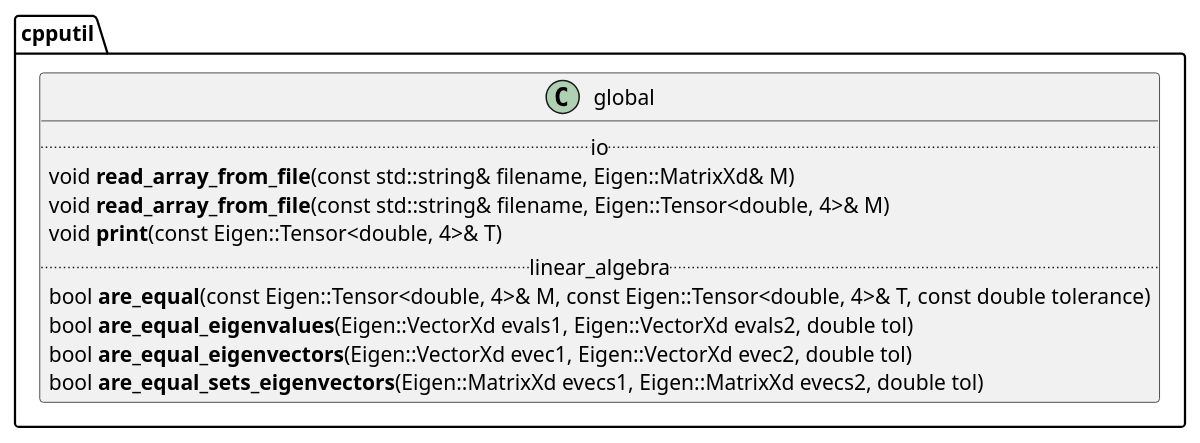
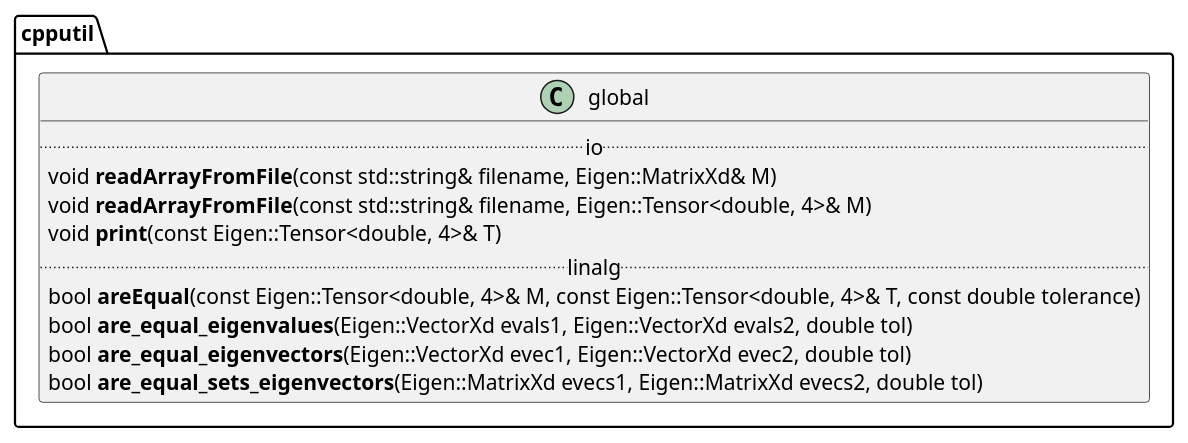
One commit to matt-chan/cpputil changed the diagram in docs/cpputil.puml. Above: the diagram before and after it, drawn with PlantUML. The commit also changed 7 other files, not shown here.

```diff
--- a/docs/cpputil.puml
+++ b/docs/cpputil.puml
@@ -1,20 +1,20 @@
 @startuml
 
 
 namespace cpputil {
 
     class global {
         .. io ..
-            void **read_array_from_file**(const std::string& filename, Eigen::MatrixXd& M)
-            void **read_array_from_file**(const std::string& filename, Eigen::Tensor<double, 4>& M)
+            void **readArrayFromFile**(const std::string& filename, Eigen::MatrixXd& M)
+            void **readArrayFromFile**(const std::string& filename, Eigen::Tensor<double, 4>& M)
             void **print**(const Eigen::Tensor<double, 4>& T)
-        .. linear_algebra ..
-            bool **are_equal**(const Eigen::Tensor<double, 4>& M, const Eigen::Tensor<double, 4>& T, const double tolerance)
+        .. linalg ..
+            bool **areEqual**(const Eigen::Tensor<double, 4>& M, const Eigen::Tensor<double, 4>& T, const double tolerance)
             bool **are_equal_eigenvalues**(Eigen::VectorXd evals1, Eigen::VectorXd evals2, double tol)
             bool **are_equal_eigenvectors**(Eigen::VectorXd evec1, Eigen::VectorXd evec2, double tol)
             bool **are_equal_sets_eigenvectors**(Eigen::MatrixXd evecs1, Eigen::MatrixXd evecs2, double tol)
     }
 
 }
 
 @enduml
```
